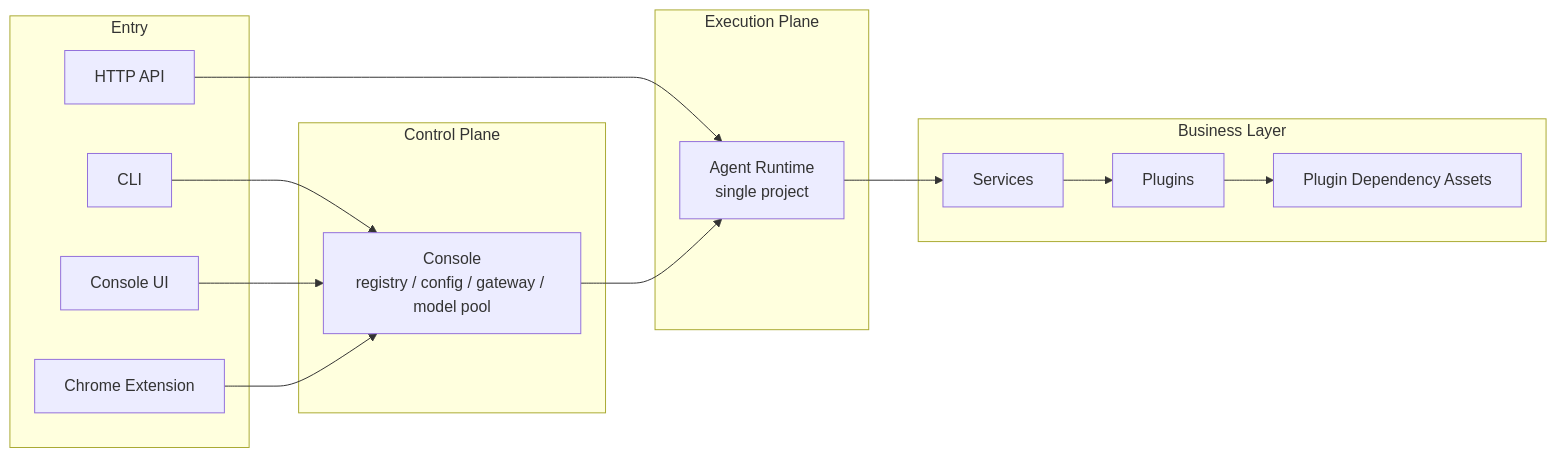
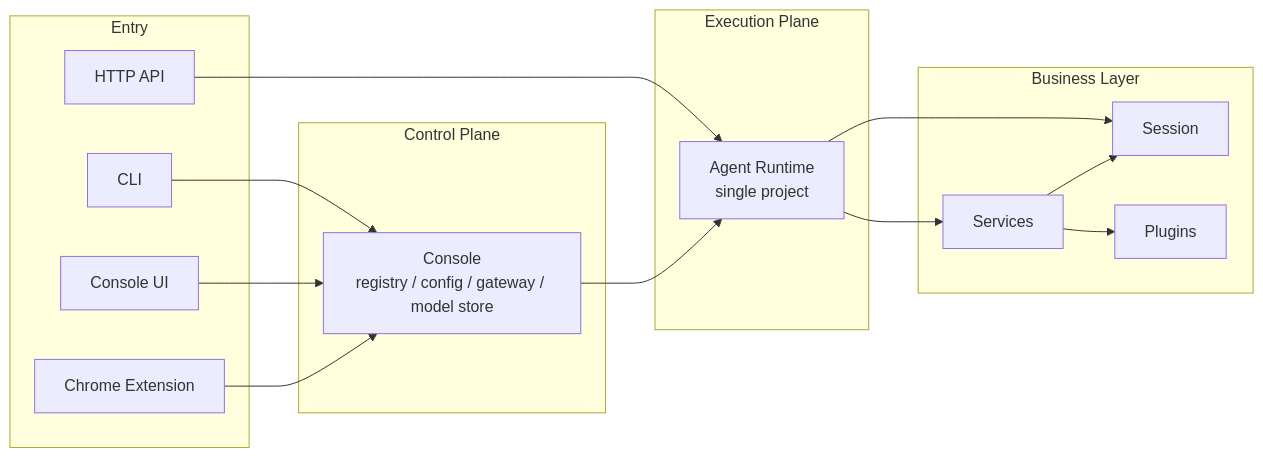
Before and after one commit to wangenius/downcity: the first of 3 diagrams in homepage/content/devdocs/en/architecture/system-logic.mdx, drawn with Mermaid. The commit also changed other lines of this file and 17 other files, not shown here.

````diff
--- a/homepage/content/devdocs/en/architecture/system-logic.mdx
+++ b/homepage/content/devdocs/en/architecture/system-logic.mdx
@@ -19,32 +19,33 @@
 ```mermaid
 flowchart LR
   subgraph Entry["Entry"]
     CLI["CLI"]
     UI["Console UI"]
     EXT["Chrome Extension"]
     API["HTTP API"]
   end
 
   subgraph Control["Control Plane"]
-    CONSOLE["Console<br/>registry / config / gateway / model pool"]
+    CONSOLE["Console<br/>registry / config / gateway / model store"]
   end
 
   subgraph Runtime["Execution Plane"]
     AGENT["Agent Runtime<br/>single project"]
   end
 
   subgraph Business["Business Layer"]
+    SESSION["Session"]
     SERVICES["Services"]
     PLUGINS["Plugins"]
-    ASSETS["Plugin Dependency Assets"]
   end
 
   CLI --> CONSOLE
   UI --> CONSOLE
   EXT --> CONSOLE
   API --> AGENT
   CONSOLE --> AGENT
+  AGENT --> SESSION
   AGENT --> SERVICES
   SERVICES --> PLUGINS
-  PLUGINS --> ASSETS
+  SERVICES --> SESSION
 ```
````
